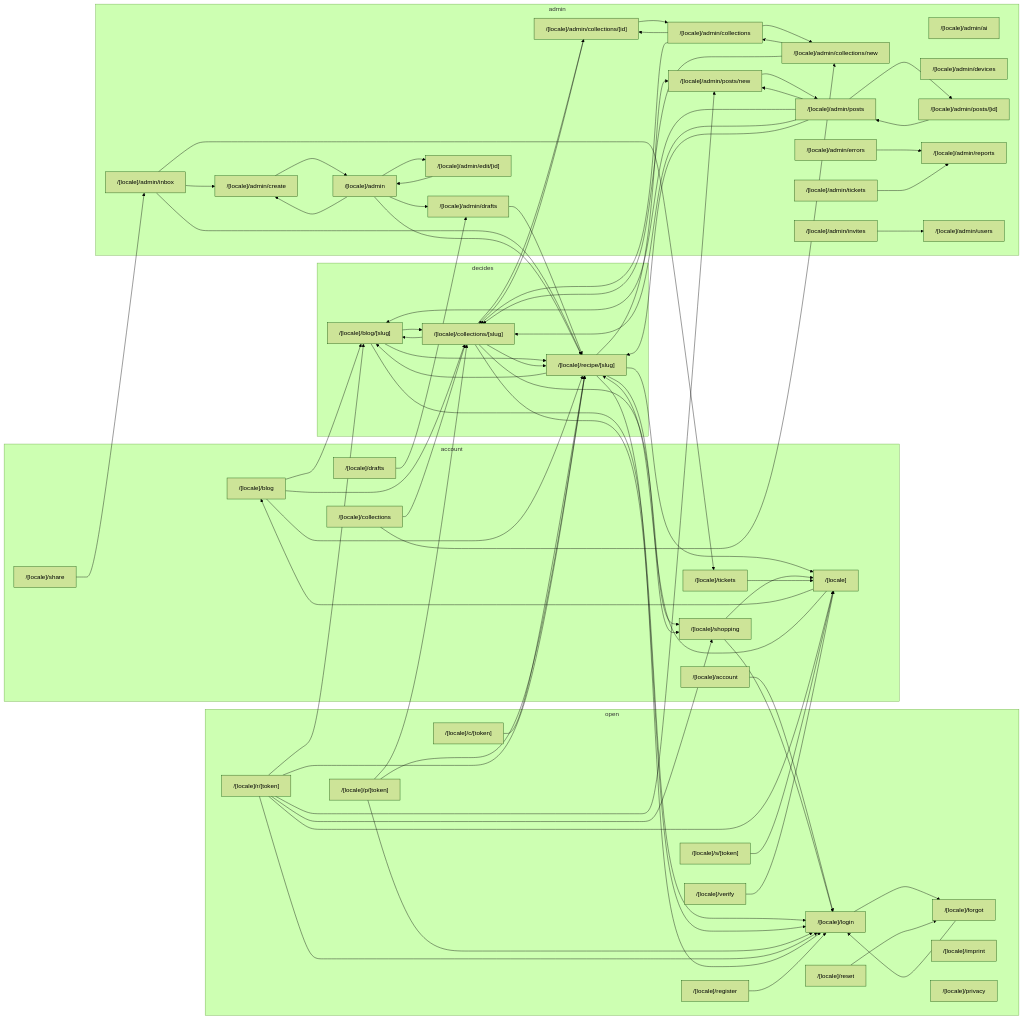
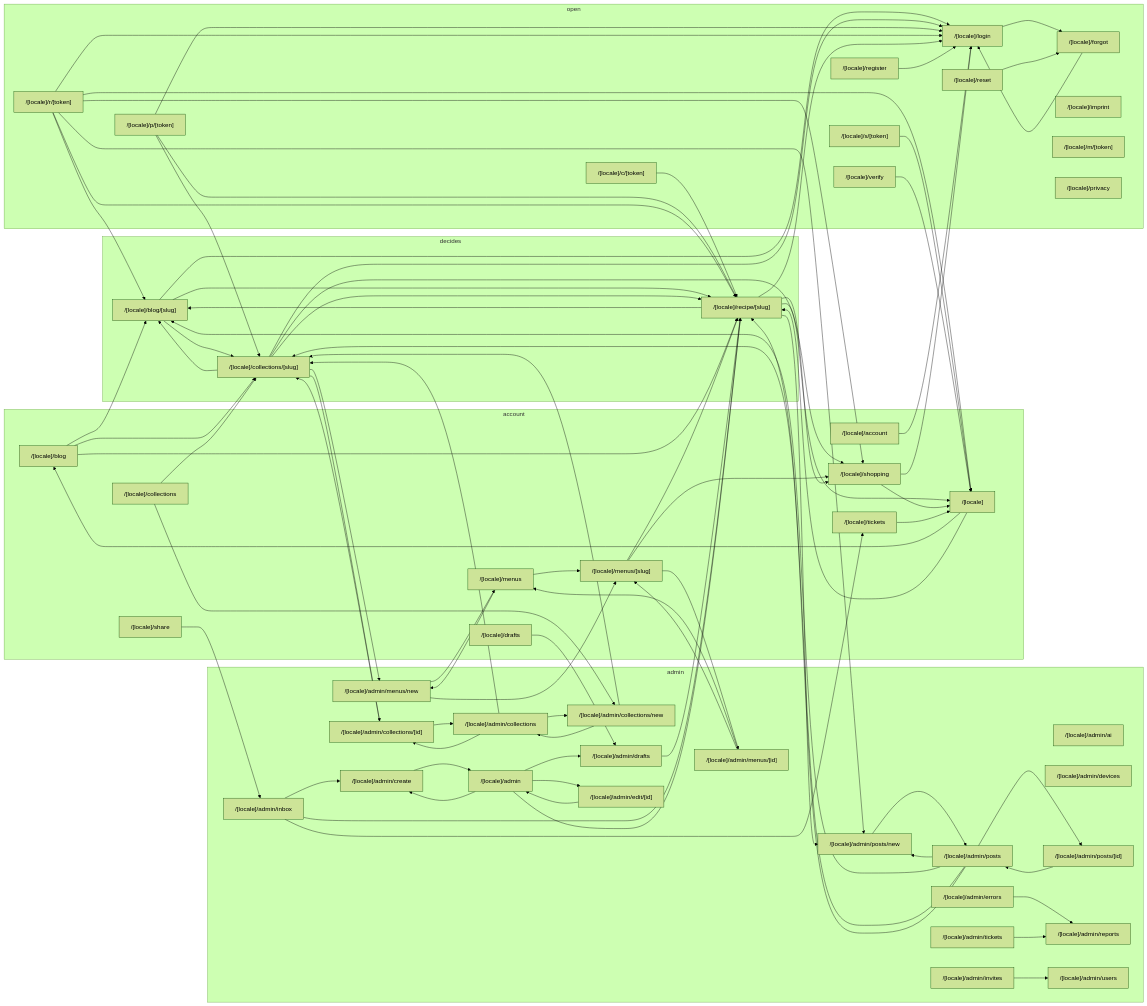
The first of 2 diagrams in docs/interaction-map.generated.md (morischumacher/moscookbook), drawn with Mermaid (forest theme) before and after one commit. The commit also changed other lines of this file and 39 other files, not shown here.

```diff
--- a/docs/interaction-map.generated.md
+++ b/docs/interaction-map.generated.md
@@ -169,6 +178,8 @@
     n__locale__blog["/[locale]/blog"]
     n__locale__collections["/[locale]/collections"]
     n__locale__drafts["/[locale]/drafts"]
+    n__locale__menus__slug_["/[locale]/menus/[slug]"]
+    n__locale__menus["/[locale]/menus"]
     n__locale_["/[locale]"]
     n__locale__share["/[locale]/share"]
     n__locale__shopping["/[locale]/shopping"]
@@ -186,6 +197,8 @@
     n__locale__admin_errors["/[locale]/admin/errors"]
     n__locale__admin_inbox["/[locale]/admin/inbox"]
     n__locale__admin_invites["/[locale]/admin/invites"]
+    n__locale__admin_menus__id_["/[locale]/admin/menus/[id]"]
+    n__locale__admin_menus_new["/[locale]/admin/menus/new"]
     n__locale__admin["/[locale]/admin"]
     n__locale__admin_posts__id_["/[locale]/admin/posts/[id]"]
     n__locale__admin_posts_new["/[locale]/admin/posts/new"]
@@ -204,6 +217,7 @@
     n__locale__forgot["/[locale]/forgot"]
     n__locale__imprint["/[locale]/imprint"]
     n__locale__login["/[locale]/login"]
+    n__locale__m__token_["/[locale]/m/[token]"]
     n__locale__p__token_["/[locale]/p/[token]"]
     n__locale__privacy["/[locale]/privacy"]
     n__locale__r__token_["/[locale]/r/[token]"]
@@ -228,6 +242,10 @@
   n__locale__admin_inbox --> n__locale__recipe__slug_
   n__locale__admin_inbox --> n__locale__tickets
   n__locale__admin_invites --> n__locale__admin_users
+  n__locale__admin_menus__id_ --> n__locale__menus
+  n__locale__admin_menus__id_ --> n__locale__menus__slug_
+  n__locale__admin_menus_new --> n__locale__menus
+  n__locale__admin_menus_new --> n__locale__menus__slug_
   n__locale__admin --> n__locale__admin_create
   n__locale__admin --> n__locale__admin_drafts
   n__locale__admin --> n__locale__admin_edit__id_
@@ -248,6 +266,7 @@
   n__locale__blog --> n__locale__recipe__slug_
   n__locale__c__token_ --> n__locale__recipe__slug_
   n__locale__collections__slug_ --> n__locale__admin_collections__id_
+  n__locale__collections__slug_ --> n__locale__admin_menus_new
   n__locale__collections__slug_ --> n__locale__blog__slug_
   n__locale__collections__slug_ --> n__locale__login
   n__locale__collections__slug_ --> n__locale__recipe__slug_
@@ -257,6 +276,11 @@
   n__locale__drafts --> n__locale__admin_drafts
   n__locale__forgot --> n__locale__login
   n__locale__login --> n__locale__forgot
+  n__locale__menus__slug_ --> n__locale__admin_menus__id_
+  n__locale__menus__slug_ --> n__locale__recipe__slug_
+  n__locale__menus__slug_ --> n__locale__shopping
+  n__locale__menus --> n__locale__admin_menus_new
+  n__locale__menus --> n__locale__menus__slug_
   n__locale__p__token_ --> n__locale__collections__slug_
   n__locale__p__token_ --> n__locale__login
   n__locale__p__token_ --> n__locale__recipe__slug_
```
